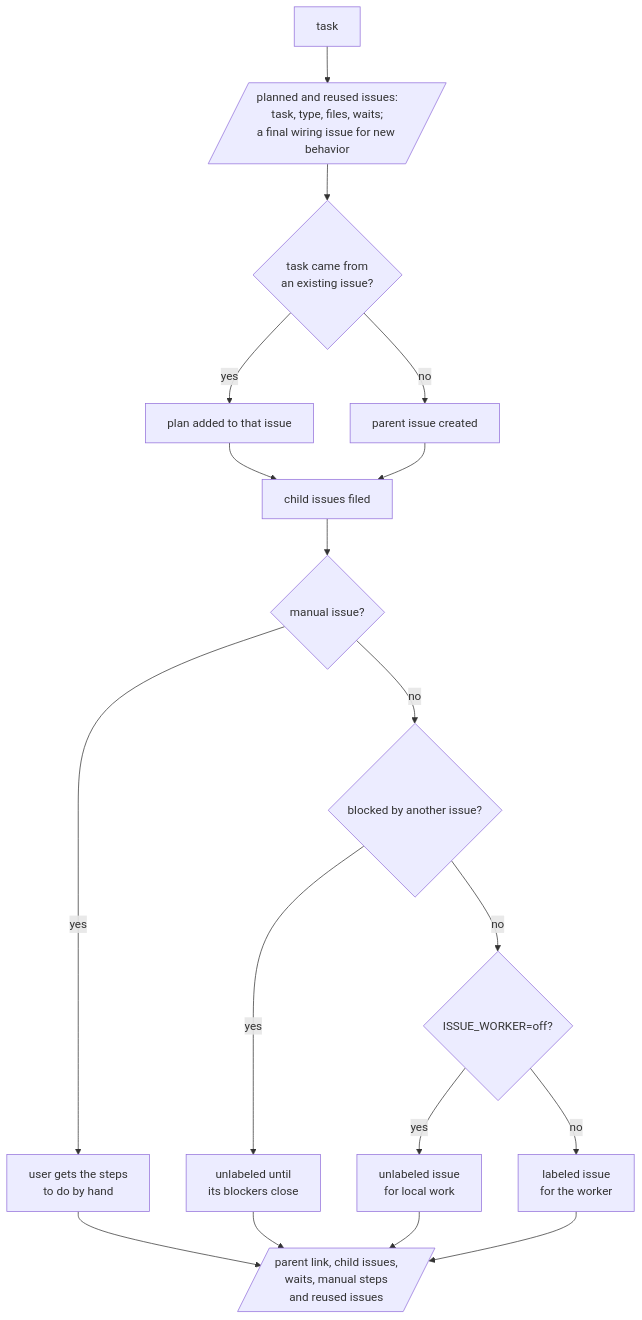
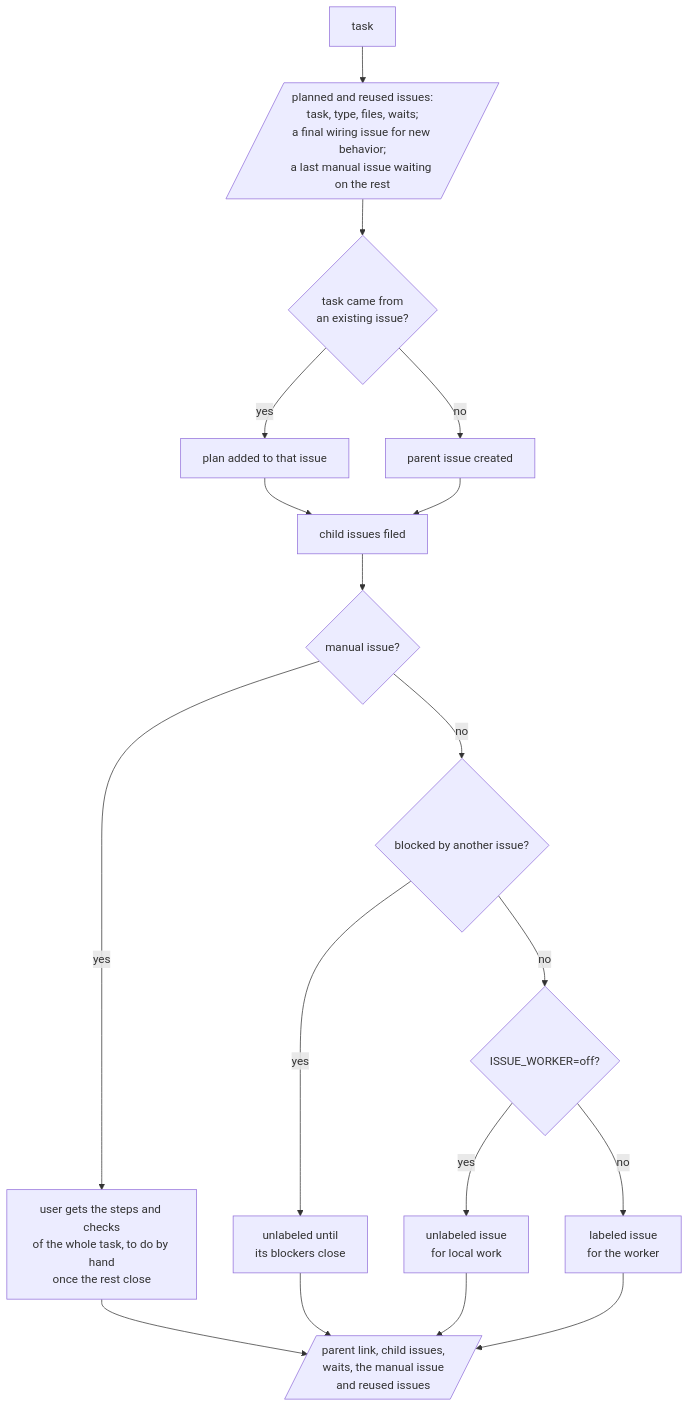
One commit to omni-stove/skill-kit changed the diagram in shared/skills/delegate/README.md. Above: the diagram before and after it, drawn with Mermaid. The commit also changed 7 other files, not shown here.

````diff
--- a/shared/skills/delegate/README.md
+++ b/shared/skills/delegate/README.md
@@ -3,20 +3,20 @@
 ```mermaid
 flowchart TD
-  task[task] --> preview[/planned and reused issues:<br/>task, type, files, waits;<br/>a final wiring issue for new behavior/]
+  task[task] --> preview[/planned and reused issues:<br/>task, type, files, waits;<br/>a final wiring issue for new behavior;<br/>a last manual issue waiting on the rest/]
   preview --> origin{task came from<br/>an existing issue?}
   origin -- "yes" --> existing[plan added to that issue]
   origin -- "no" --> parent[parent issue created]
   existing --> issues[child issues filed]
   parent --> issues
   issues --> kind{manual issue?}
-  kind -- "yes" --> manual[user gets the steps<br/>to do by hand]
+  kind -- "yes" --> manual[user gets the steps and checks<br/>of the whole task, to do by hand<br/>once the rest close]
   kind -- "no" --> wait{blocked by another issue?}
   wait -- "yes" --> later[unlabeled until<br/>its blockers close]
   wait -- "no" --> worker{ISSUE_WORKER=off?}
   worker -- "yes" --> local[unlabeled issue<br/>for local work]
   worker -- "no" --> now[labeled issue<br/>for the worker]
-  manual --> report[/parent link, child issues,<br/>waits, manual steps<br/>and reused issues/]
+  manual --> report[/parent link, child issues,<br/>waits, the manual issue<br/>and reused issues/]
   later --> report
   local --> report
   now --> report
 ```
````
